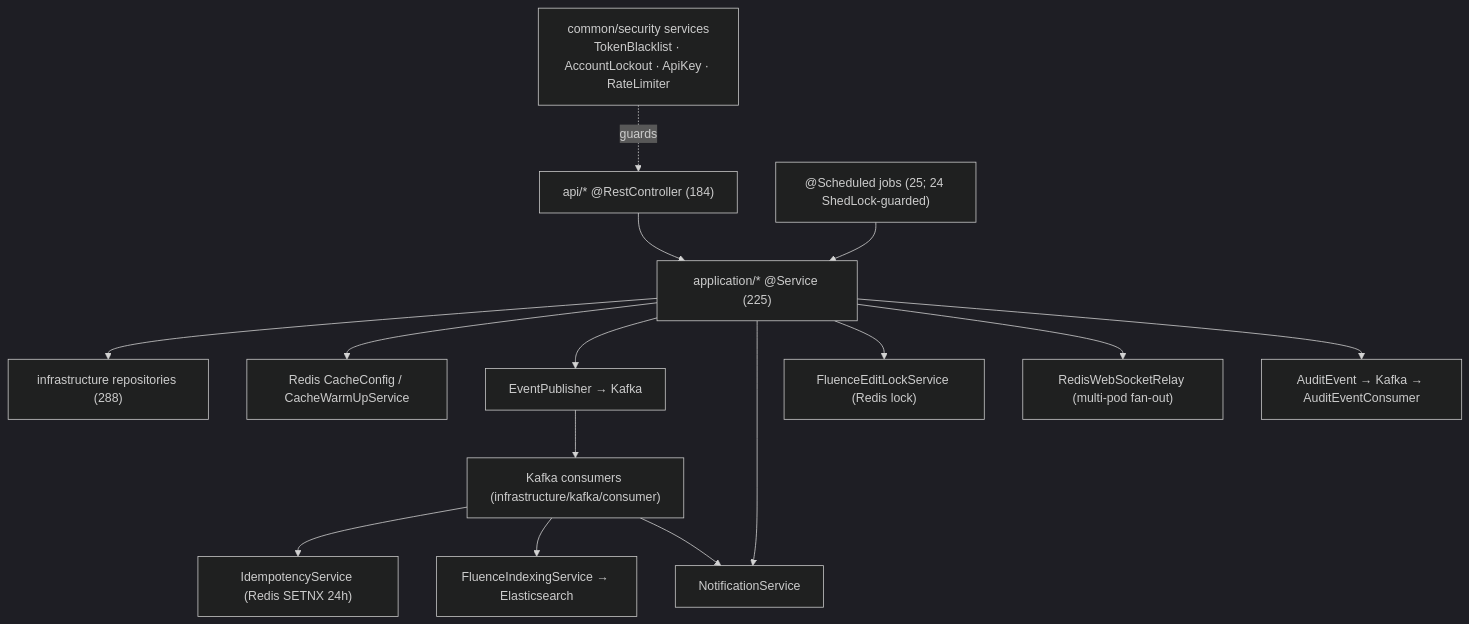
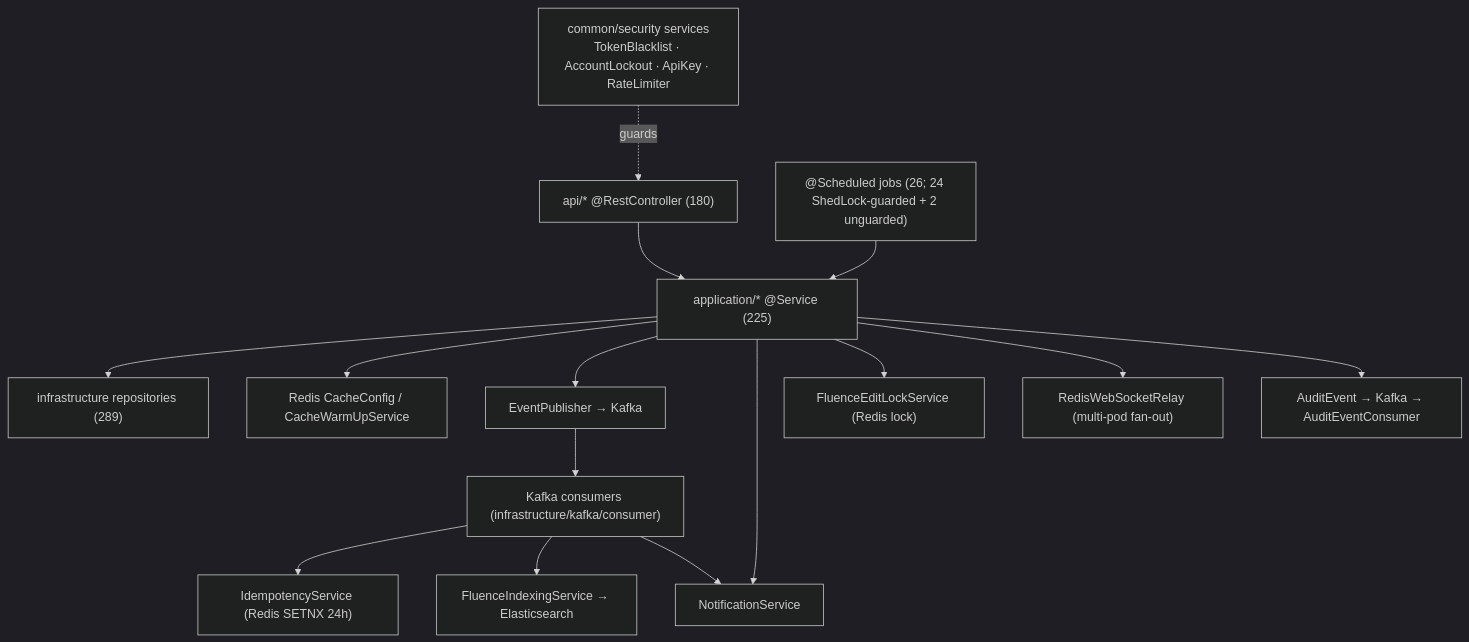
One commit to fayaz30395/nu-aura changed the second of 3 diagrams in docs/obsidian/04-Backend/Services.md. Above: the diagram before and after it, drawn with Mermaid (dark theme). The commit also changed other lines of this file and 45 other files, not shown here.

````diff
--- a/docs/obsidian/04-Backend/Services.md
+++ b/docs/obsidian/04-Backend/Services.md
@@ -157,17 +158,17 @@
 ```mermaid
 graph TD
-    CTRL["api/* @RestController (184)"] --> APP["application/* @Service (225)"]
-    APP --> REPO["infrastructure repositories (288)"]
+    CTRL["api/* @RestController (180)"] --> APP["application/* @Service (225)"]
+    APP --> REPO["infrastructure repositories (289)"]
     APP --> CACHE["Redis CacheConfig / CacheWarmUpService"]
     APP --> EP["EventPublisher → Kafka"]
     APP --> NOTIF["NotificationService"]
     APP --> LOCK["FluenceEditLockService (Redis lock)"]
     EP --> KCON["Kafka consumers (infrastructure/kafka/consumer)"]
     KCON --> IDS["IdempotencyService (Redis SETNX 24h)"]
     KCON --> SEARCH["FluenceIndexingService → Elasticsearch"]
     KCON --> NOTIF
-    SCHED["@Scheduled jobs (25; 24 ShedLock-guarded)"] --> APP
+    SCHED["@Scheduled jobs (26; 24 ShedLock-guarded + 2 unguarded)"] --> APP
     APP --> WS["RedisWebSocketRelay (multi-pod fan-out)"]
     SEC["common/security services<br/>TokenBlacklist · AccountLockout · ApiKey · RateLimiter"] -.guards.-> CTRL
     APP --> AUDIT["AuditEvent → Kafka → AuditEventConsumer"]
 ```
````
